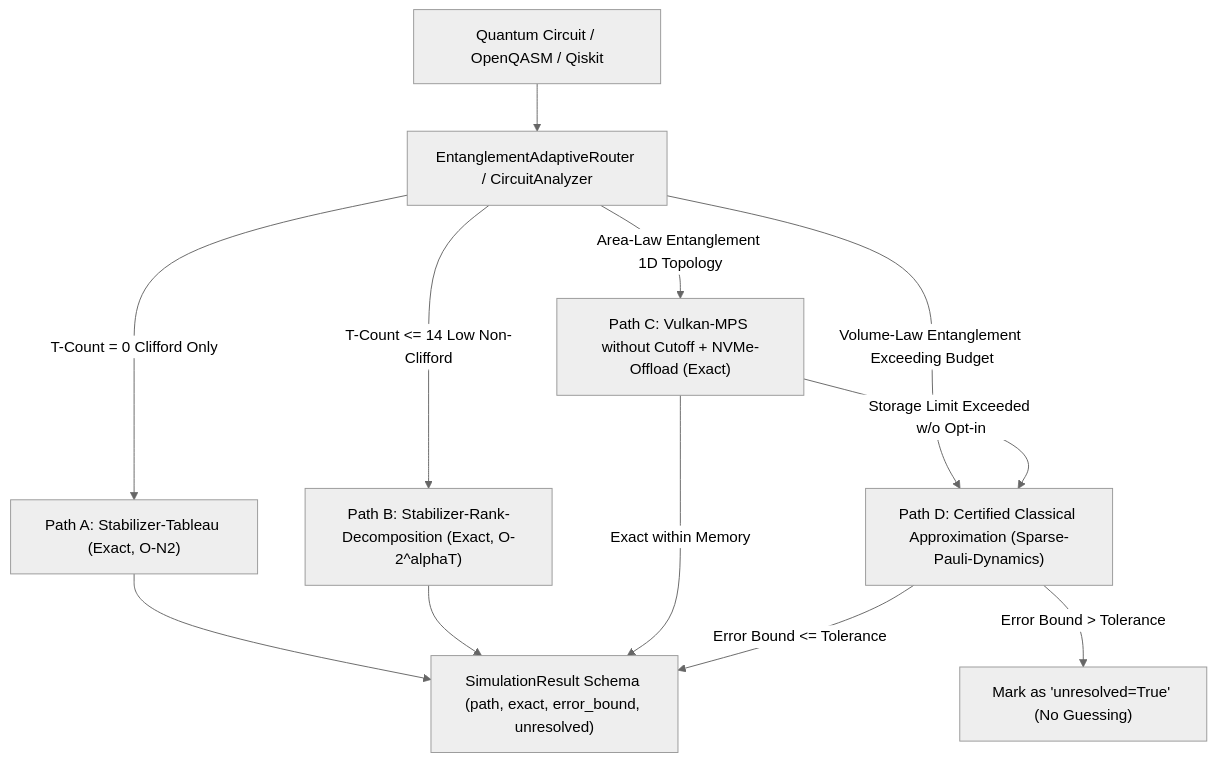
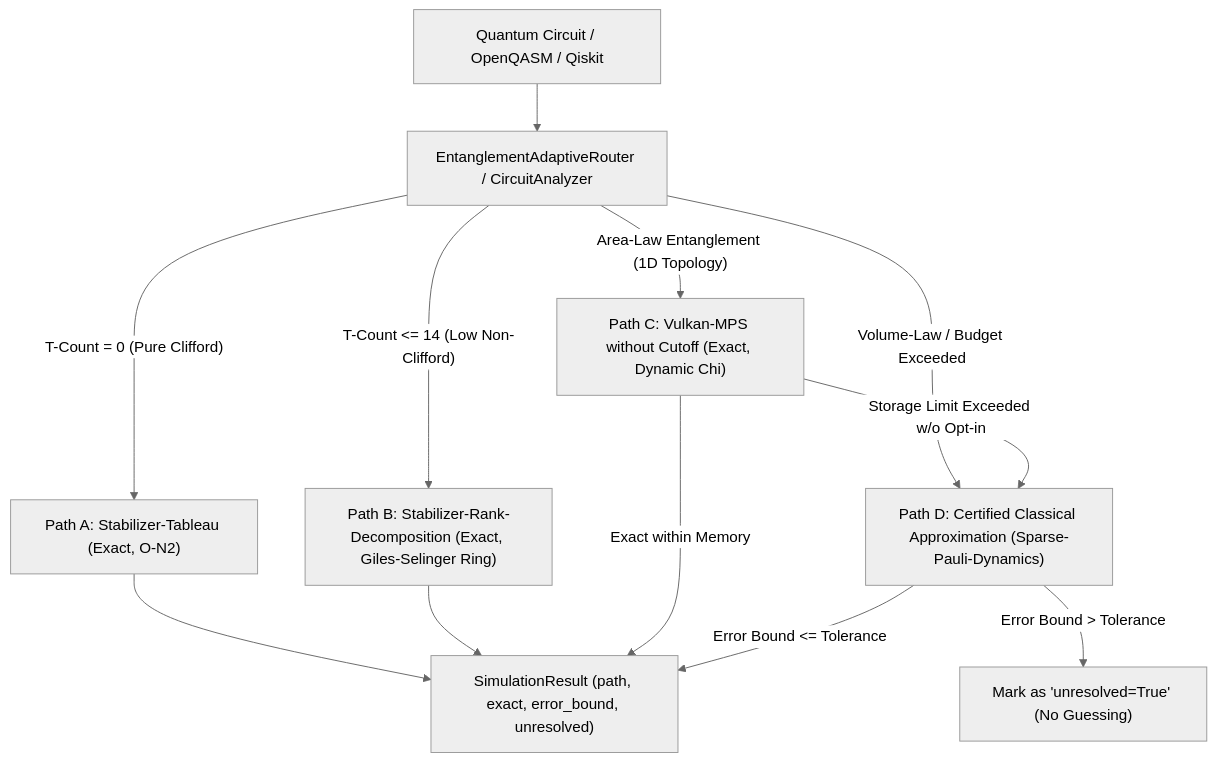
One commit to timfromhcs/CQ-HECS changed the diagram in README.md. Above: the diagram before and after it, drawn with Mermaid (neutral theme). The commit also changed other lines of this file and 3 other files, not shown here.

````diff
--- a/README.md
+++ b/README.md
@@ -32,15 +46,15 @@
 ```mermaid
-graph TD
-    A[Quantum Circuit / OpenQASM / Qiskit] --> B[EntanglementAdaptiveRouter / CircuitAnalyzer]
-    B -->|T-Count = 0 Clifford Only| PathA["Path A: Stabilizer-Tableau (Exact, O-N2)"]
-    B -->|T-Count <= 14 Low Non-Clifford| PathB["Path B: Stabilizer-Rank-Decomposition (Exact, O-2^alphaT)"]
-    B -->|Area-Law Entanglement 1D Topology| PathC["Path C: Vulkan-MPS without Cutoff + NVMe-Offload (Exact)"]
-    B -->|Volume-Law Entanglement Exceeding Budget| PathD["Path D: Certified Classical Approximation (Sparse-Pauli-Dynamics)"]
+flowchart TD
+    A["Quantum Circuit / OpenQASM / Qiskit"] --> B["EntanglementAdaptiveRouter / CircuitAnalyzer"]
+    B -->|"T-Count = 0 (Pure Clifford)"| PathA["Path A: Stabilizer-Tableau (Exact, O-N2)"]
+    B -->|"T-Count <= 14 (Low Non-Clifford)"| PathB["Path B: Stabilizer-Rank-Decomposition (Exact, Giles-Selinger Ring)"]
+    B -->|"Area-Law Entanglement (1D Topology)"| PathC["Path C: Vulkan-MPS without Cutoff (Exact, Dynamic Chi)"]
+    B -->|"Volume-Law / Budget Exceeded"| PathD["Path D: Certified Classical Approximation (Sparse-Pauli-Dynamics)"]
 
-    PathA --> R["SimulationResult Schema (path, exact, error_bound, unresolved)"]
+    PathA --> R["SimulationResult (path, exact, error_bound, unresolved)"]
     PathB --> R
-    PathC -->|Storage Limit Exceeded w/o Opt-in| PathD
-    PathC -->|Exact within Memory| R
-    PathD -->|Error Bound <= Tolerance| R
-    PathD -->|Error Bound > Tolerance| U["Mark as 'unresolved=True' (No Guessing)"]
+    PathC -->|"Storage Limit Exceeded w/o Opt-in"| PathD
+    PathC -->|"Exact within Memory"| R
+    PathD -->|"Error Bound <= Tolerance"| R
+    PathD -->|"Error Bound > Tolerance"| U["Mark as 'unresolved=True' (No Guessing)"]
 ```
````
